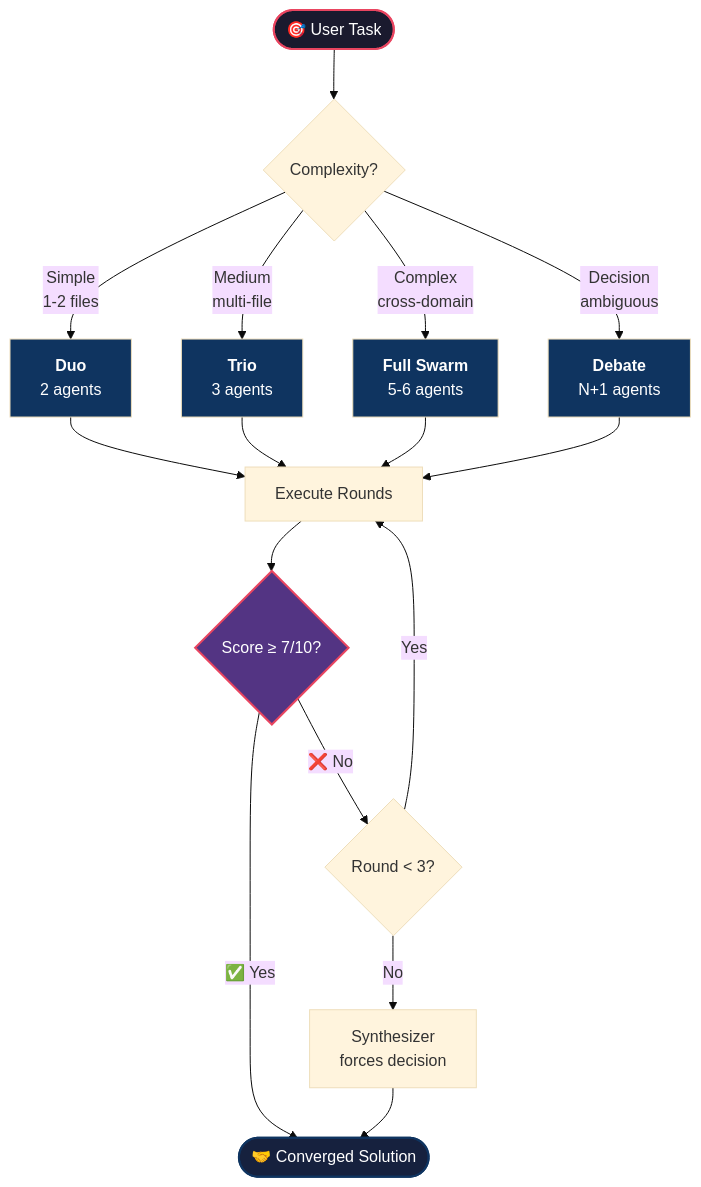
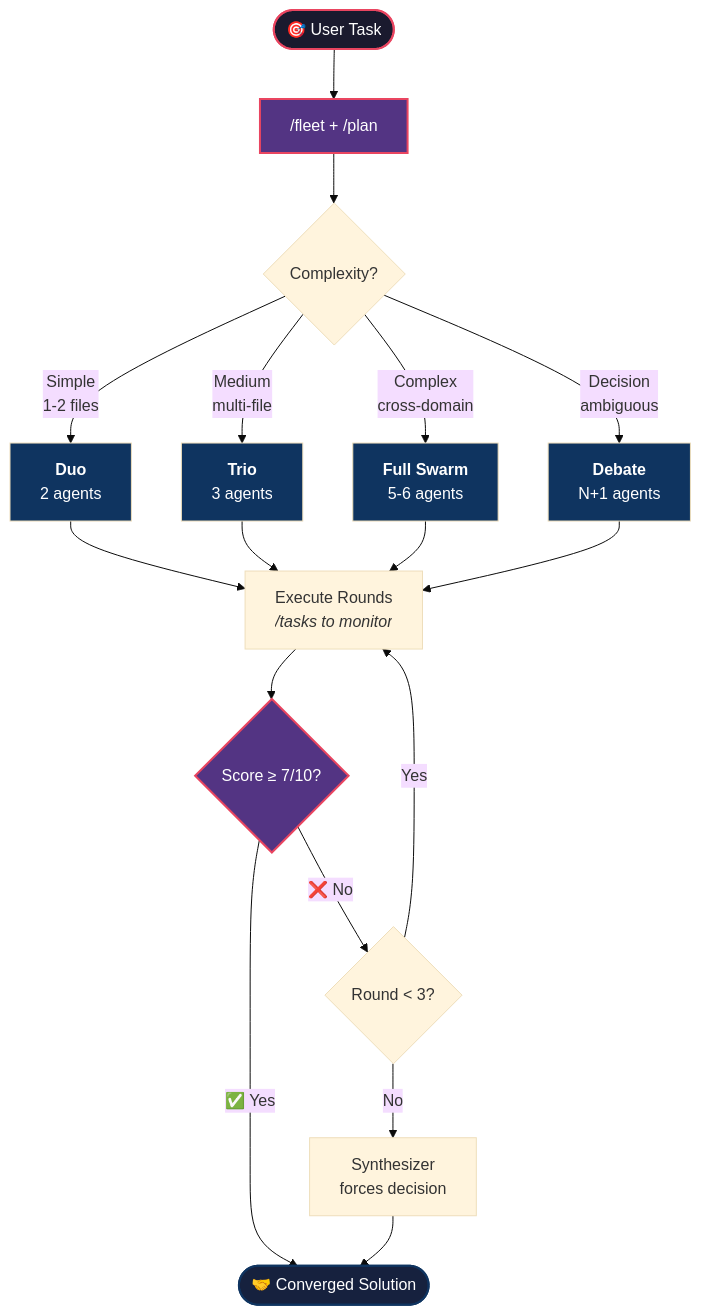
One commit to schwarztim/open-swarm changed the second of 6 diagrams in README.md. Above: the diagram before and after it, drawn with Mermaid (base theme). The commit also changed other lines of this file and 1 other file, not shown here.

First line of the commit message:
v4.0: Deep CLI integration — custom agents, fleet mode, plan mode, model strategy

````diff
--- a/README.md
+++ b/README.md
@@ -65,29 +97,31 @@
 ```mermaid
 flowchart TD
-    START([🎯 User Task]) --> TIER{Complexity?}
+    START([🎯 User Task]) --> PREFLIGHT["/fleet + /plan"]
+    PREFLIGHT --> TIER{Complexity?}
     
     TIER -->|"Simple<br/>1-2 files"| DUO["<b>Duo</b><br/>2 agents"]
     TIER -->|"Medium<br/>multi-file"| TRIO["<b>Trio</b><br/>3 agents"]
     TIER -->|"Complex<br/>cross-domain"| FULL["<b>Full Swarm</b><br/>5-6 agents"]
     TIER -->|"Decision<br/>ambiguous"| DEBATE["<b>Debate</b><br/>N+1 agents"]
     
     DUO --> EXECUTE
     TRIO --> EXECUTE
     FULL --> EXECUTE
     DEBATE --> EXECUTE
     
-    EXECUTE["Execute Rounds"] --> SCORE{"Score ≥ 7/10?"}
+    EXECUTE["Execute Rounds<br/><i>/tasks to monitor</i>"] --> SCORE{"Score ≥ 7/10?"}
     SCORE -->|"✅ Yes"| CONVERGE([🤝 Converged Solution])
     SCORE -->|"❌ No"| ROUND{"Round < 3?"}
     ROUND -->|"Yes"| EXECUTE
     ROUND -->|"No"| SYNTH["Synthesizer<br/>forces decision"]
     SYNTH --> CONVERGE
 
     style START fill:#1a1a2e,stroke:#e94560,stroke-width:2px,color:#fff
+    style PREFLIGHT fill:#533483,stroke:#e94560,stroke-width:2px,color:#fff
     style CONVERGE fill:#16213e,stroke:#0f3460,stroke-width:2px,color:#fff
     style SCORE fill:#533483,stroke:#e94560,stroke-width:2px,color:#fff
     style DUO fill:#0f3460,color:#fff
     style TRIO fill:#0f3460,color:#fff
     style FULL fill:#0f3460,color:#fff
     style DEBATE fill:#0f3460,color:#fff
 ```
````
